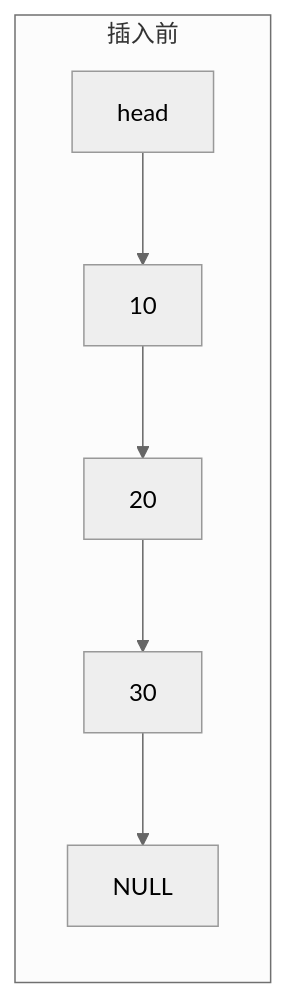
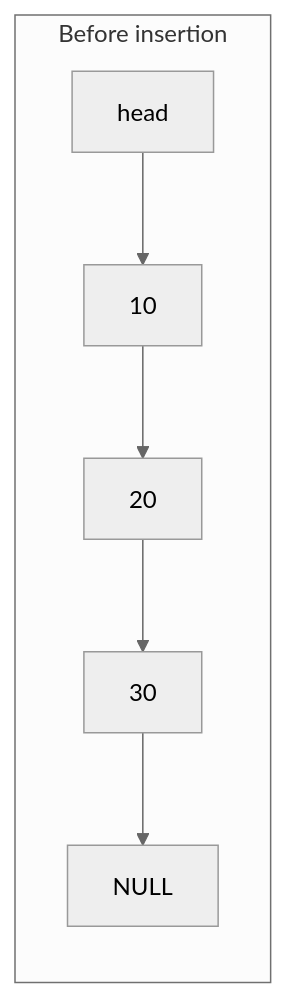
One commit to Awesome-Embedded-Learning-Studio/Tutorial_AwesomeModernCPP changed the first of 4 diagrams in documents/en/vol1-fundamentals/c_tutorials/advanced_feature/06-handmade-linked-list.md. Above: the diagram before and after it, drawn with Mermaid (neutral theme). The commit also changed other lines of this file and 243 other files, not shown here.

````diff
--- a/documents/en/vol1-fundamentals/c_tutorials/advanced_feature/06-handmade-linked-list.md
+++ b/documents/en/vol1-fundamentals/c_tutorials/advanced_feature/06-handmade-linked-list.md
@@ -177,6 +172,6 @@
 ```mermaid
 graph LR
-    subgraph "插入前"
+    subgraph "Before insertion"
         H0["head"] --> N10a["10"] --> N20a["20"] --> N30a["30"] --> NULL0["NULL"]
     end
 ```
````
